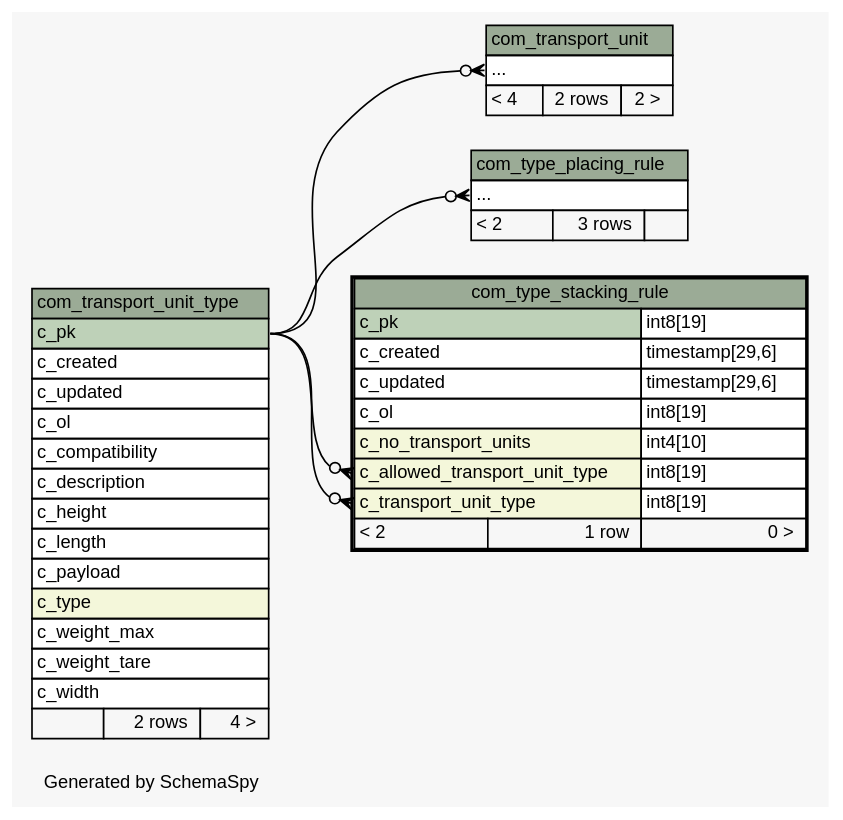
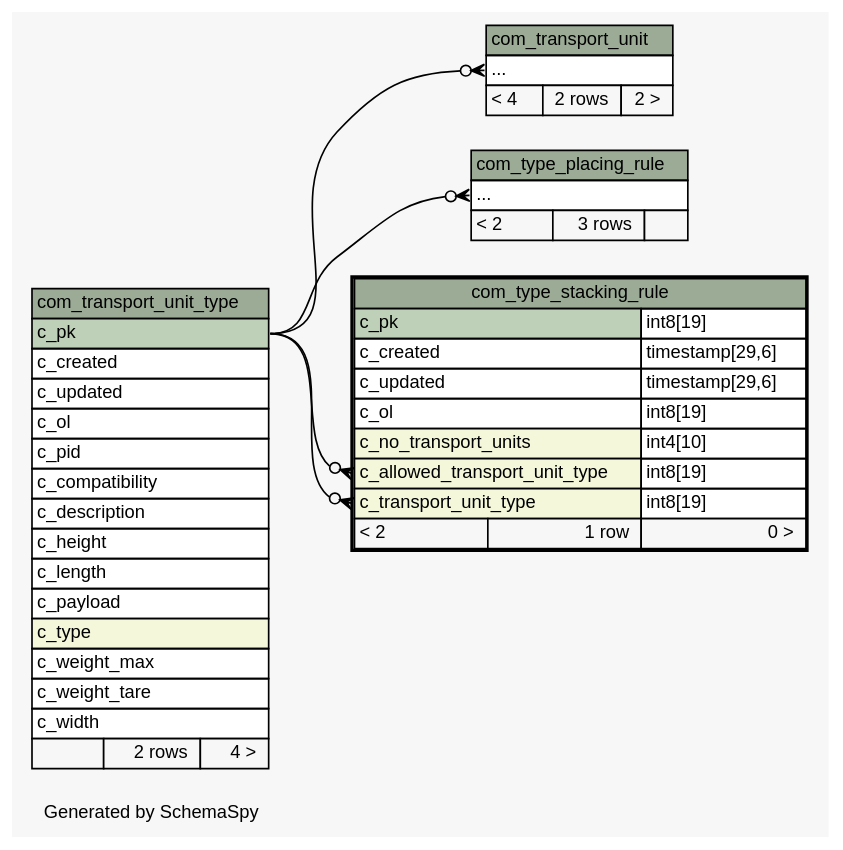
The diagram in schemaspy/diagrams/com_type_stacking_rule.2degrees.dot (openwms/org.openwms.common.service.lib), drawn with Graphviz before and after one commit. The commit also changed 516 other files, not shown here.

```diff
--- a/schemaspy/diagrams/com_type_stacking_rule.2degrees.dot
+++ b/schemaspy/diagrams/com_type_stacking_rule.2degrees.dot
@@ -1,84 +1,85 @@
 // dot 2.36.0 on Linux 4.4.0-101-generic
 // SchemaSpy rev Unknown
 digraph "twoDegreesRelationshipsDiagram" {
   graph [
     rankdir="RL"
     bgcolor="#f7f7f7"
     label="\nGenerated by SchemaSpy"
     labeljust="l"
     nodesep="0.18"
     ranksep="0.46"
     fontname="Helvetica"
     fontsize="11"
   ];
   node [
     fontname="Helvetica"
     fontsize="11"
     shape="plaintext"
   ];
   edge [
     arrowsize="0.8"
   ];
   "com_transport_unit":"elipses":w -> "com_transport_unit_type":"c_pk":e [arrowhead=none dir=back arrowtail=crowodot];
   "com_type_placing_rule":"elipses":w -> "com_transport_unit_type":"c_pk":e [arrowhead=none dir=back arrowtail=crowodot];
   "com_type_stacking_rule":"c_allowed_transport_unit_type":w -> "com_transport_unit_type":"c_pk":e [arrowhead=none dir=back arrowtail=crowodot];
   "com_type_stacking_rule":"c_transport_unit_type":w -> "com_transport_unit_type":"c_pk":e [arrowhead=none dir=back arrowtail=crowodot];
   "com_transport_unit" [
     label=<
     <TABLE BORDER="0" CELLBORDER="1" CELLSPACING="0" BGCOLOR="#ffffff">
       <TR><TD COLSPAN="3" BGCOLOR="#9bab96" ALIGN="CENTER">com_transport_unit</TD></TR>
       <TR><TD PORT="elipses" COLSPAN="3" ALIGN="LEFT">...</TD></TR>
       <TR><TD ALIGN="LEFT" BGCOLOR="#f7f7f7">&lt; 4</TD><TD ALIGN="RIGHT" BGCOLOR="#f7f7f7">2 rows</TD><TD ALIGN="RIGHT" BGCOLOR="#f7f7f7">2 &gt;</TD></TR>
     </TABLE>>
     URL="com_transport_unit.html"
     tooltip="com_transport_unit"
   ];
   "com_transport_unit_type" [
     label=<
     <TABLE BORDER="0" CELLBORDER="1" CELLSPACING="0" BGCOLOR="#ffffff">
       <TR><TD COLSPAN="3" BGCOLOR="#9bab96" ALIGN="CENTER">com_transport_unit_type</TD></TR>
       <TR><TD PORT="c_pk" COLSPAN="3" BGCOLOR="#bed1b8" ALIGN="LEFT">c_pk</TD></TR>
       <TR><TD PORT="c_created" COLSPAN="3" ALIGN="LEFT">c_created</TD></TR>
       <TR><TD PORT="c_updated" COLSPAN="3" ALIGN="LEFT">c_updated</TD></TR>
       <TR><TD PORT="c_ol" COLSPAN="3" ALIGN="LEFT">c_ol</TD></TR>
+      <TR><TD PORT="c_pid" COLSPAN="3" ALIGN="LEFT">c_pid</TD></TR>
       <TR><TD PORT="c_compatibility" COLSPAN="3" ALIGN="LEFT">c_compatibility</TD></TR>
       <TR><TD PORT="c_description" COLSPAN="3" ALIGN="LEFT">c_description</TD></TR>
       <TR><TD PORT="c_height" COLSPAN="3" ALIGN="LEFT">c_height</TD></TR>
       <TR><TD PORT="c_length" COLSPAN="3" ALIGN="LEFT">c_length</TD></TR>
       <TR><TD PORT="c_payload" COLSPAN="3" ALIGN="LEFT">c_payload</TD></TR>
       <TR><TD PORT="c_type" COLSPAN="3" BGCOLOR="#f4f7da" ALIGN="LEFT">c_type</TD></TR>
       <TR><TD PORT="c_weight_max" COLSPAN="3" ALIGN="LEFT">c_weight_max</TD></TR>
       <TR><TD PORT="c_weight_tare" COLSPAN="3" ALIGN="LEFT">c_weight_tare</TD></TR>
       <TR><TD PORT="c_width" COLSPAN="3" ALIGN="LEFT">c_width</TD></TR>
       <TR><TD ALIGN="LEFT" BGCOLOR="#f7f7f7">  </TD><TD ALIGN="RIGHT" BGCOLOR="#f7f7f7">2 rows</TD><TD ALIGN="RIGHT" BGCOLOR="#f7f7f7">4 &gt;</TD></TR>
     </TABLE>>
     URL="com_transport_unit_type.html"
     tooltip="com_transport_unit_type"
   ];
   "com_type_placing_rule" [
     label=<
     <TABLE BORDER="0" CELLBORDER="1" CELLSPACING="0" BGCOLOR="#ffffff">
       <TR><TD COLSPAN="3" BGCOLOR="#9bab96" ALIGN="CENTER">com_type_placing_rule</TD></TR>
       <TR><TD PORT="elipses" COLSPAN="3" ALIGN="LEFT">...</TD></TR>
       <TR><TD ALIGN="LEFT" BGCOLOR="#f7f7f7">&lt; 2</TD><TD ALIGN="RIGHT" BGCOLOR="#f7f7f7">3 rows</TD><TD ALIGN="RIGHT" BGCOLOR="#f7f7f7">  </TD></TR>
     </TABLE>>
     URL="com_type_placing_rule.html"
     tooltip="com_type_placing_rule"
   ];
   "com_type_stacking_rule" [
     label=<
     <TABLE BORDER="2" CELLBORDER="1" CELLSPACING="0" BGCOLOR="#ffffff">
       <TR><TD COLSPAN="3" BGCOLOR="#9bab96" ALIGN="CENTER">com_type_stacking_rule</TD></TR>
       <TR><TD PORT="c_pk" COLSPAN="2" BGCOLOR="#bed1b8" ALIGN="LEFT">c_pk</TD><TD PORT="c_pk.type" ALIGN="LEFT">int8[19]</TD></TR>
       <TR><TD PORT="c_created" COLSPAN="2" ALIGN="LEFT">c_created</TD><TD PORT="c_created.type" ALIGN="LEFT">timestamp[29,6]</TD></TR>
       <TR><TD PORT="c_updated" COLSPAN="2" ALIGN="LEFT">c_updated</TD><TD PORT="c_updated.type" ALIGN="LEFT">timestamp[29,6]</TD></TR>
       <TR><TD PORT="c_ol" COLSPAN="2" ALIGN="LEFT">c_ol</TD><TD PORT="c_ol.type" ALIGN="LEFT">int8[19]</TD></TR>
       <TR><TD PORT="c_no_transport_units" COLSPAN="2" BGCOLOR="#f4f7da" ALIGN="LEFT">c_no_transport_units</TD><TD PORT="c_no_transport_units.type" ALIGN="LEFT">int4[10]</TD></TR>
       <TR><TD PORT="c_allowed_transport_unit_type" COLSPAN="2" BGCOLOR="#f4f7da" ALIGN="LEFT">c_allowed_transport_unit_type</TD><TD PORT="c_allowed_transport_unit_type.type" ALIGN="LEFT">int8[19]</TD></TR>
       <TR><TD PORT="c_transport_unit_type" COLSPAN="2" BGCOLOR="#f4f7da" ALIGN="LEFT">c_transport_unit_type</TD><TD PORT="c_transport_unit_type.type" ALIGN="LEFT">int8[19]</TD></TR>
       <TR><TD ALIGN="LEFT" BGCOLOR="#f7f7f7">&lt; 2</TD><TD ALIGN="RIGHT" BGCOLOR="#f7f7f7">1 row</TD><TD ALIGN="RIGHT" BGCOLOR="#f7f7f7">0 &gt;</TD></TR>
     </TABLE>>
     URL="com_type_stacking_rule.html"
     tooltip="com_type_stacking_rule"
   ];
 }
```
